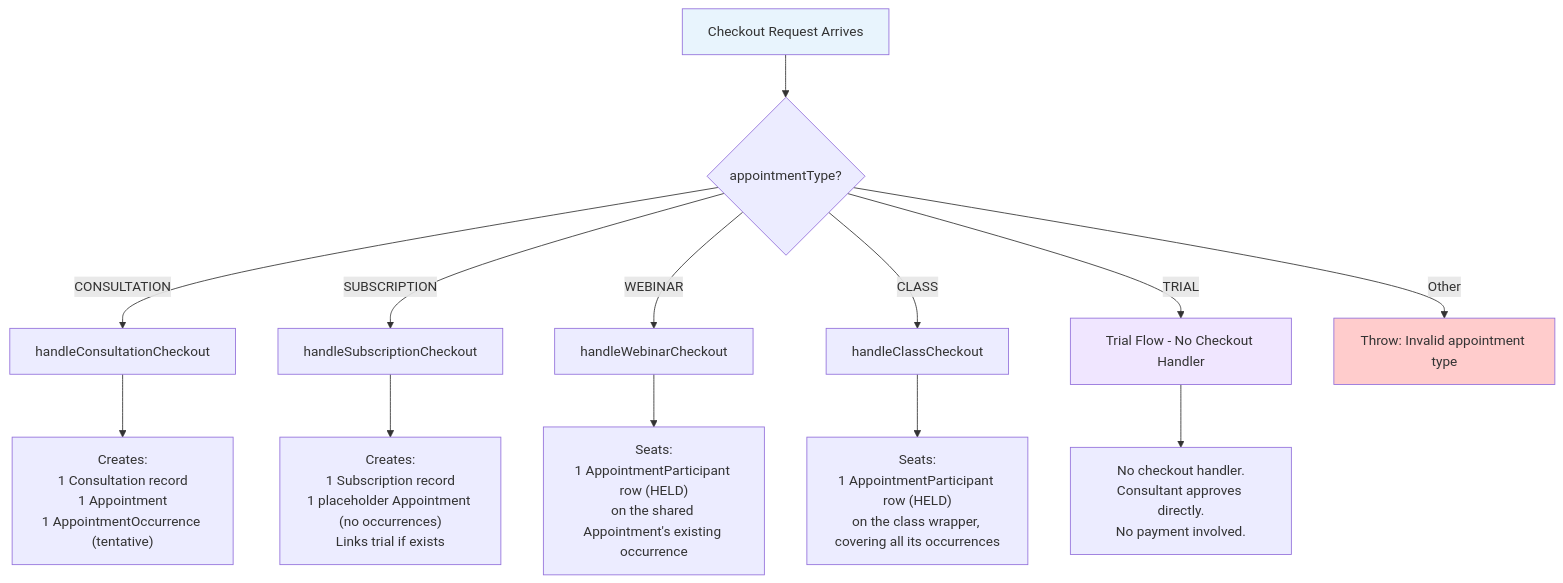
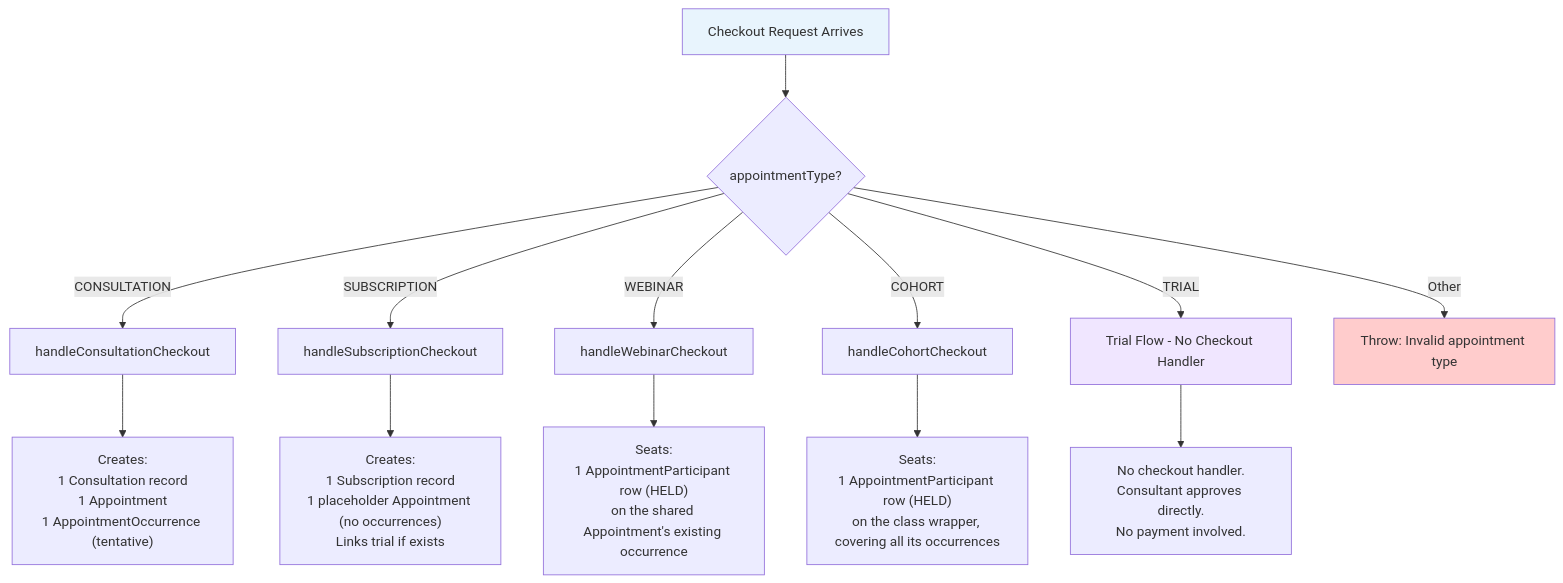
One commit to Practitionist/familiarise_web changed the third of 16 diagrams in docs/booking/06-booking-lifecycle.md. Above: the diagram before and after it, drawn with Mermaid. The commit also changed other lines of this file and 89 other files, not shown here.

````diff
--- a/docs/booking/06-booking-lifecycle.md
+++ b/docs/booking/06-booking-lifecycle.md
@@ -150,21 +150,21 @@
 ```mermaid
 flowchart TD
     START[Checkout Request Arrives] --> CHECK_TYPE{appointmentType?}
 
     CHECK_TYPE -->|CONSULTATION| CONSULT[handleConsultationCheckout]
     CHECK_TYPE -->|SUBSCRIPTION| SUB[handleSubscriptionCheckout]
     CHECK_TYPE -->|WEBINAR| WEB[handleWebinarCheckout]
-    CHECK_TYPE -->|CLASS| CLS[handleClassCheckout]
+    CHECK_TYPE -->|COHORT| CLS[handleCohortCheckout]
     CHECK_TYPE -->|TRIAL| TRIAL[Trial Flow - No Checkout Handler]
     CHECK_TYPE -->|Other| ERR[Throw: Invalid appointment type]
 
     CONSULT --> CONSULT_DB["Creates:<br/>1 Consultation record<br/>1 Appointment<br/>1 AppointmentOccurrence (tentative)"]
     SUB --> SUB_DB["Creates:<br/>1 Subscription record<br/>1 placeholder Appointment (no occurrences)<br/>Links trial if exists"]
     WEB --> WEB_DB["Seats:<br/>1 AppointmentParticipant row (HELD)<br/>on the shared Appointment's existing occurrence"]
     CLS --> CLS_DB["Seats:<br/>1 AppointmentParticipant row (HELD)<br/>on the class wrapper, covering all its occurrences"]
     TRIAL --> TRIAL_DB["No checkout handler.<br/>Consultant approves directly.<br/>No payment involved."]
 
     style START fill:#e8f4fd
     style ERR fill:#ffcccc
     style TRIAL fill:#f0e6ff
 ```
````
